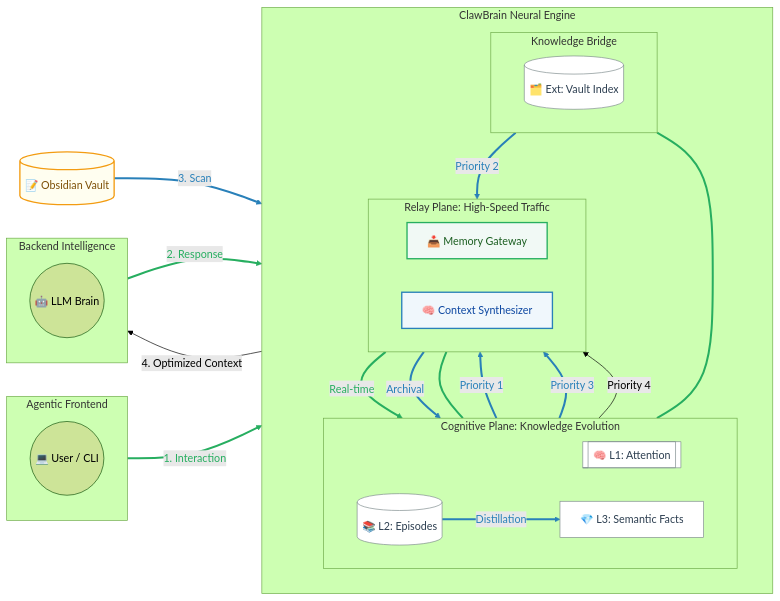
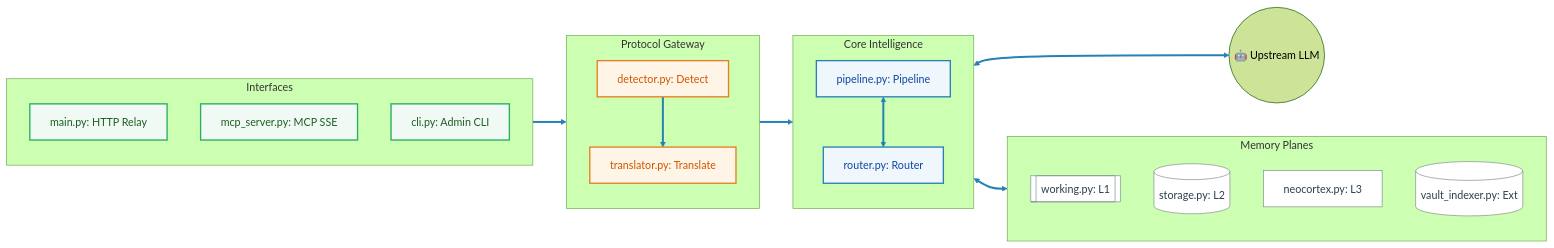
One commit to winnerineast/ClawBrain changed the diagram in README.md. Above: the diagram before and after it, drawn with Mermaid (forest theme). The commit also changed other lines of this file and 2 other files, not shown here.

Commit message:
docs: update architecture map and add GitNexus intelligence context

````diff
--- a/README.md
+++ b/README.md
@@ -127,65 +127,45 @@
 ```mermaid
 flowchart LR
     %% Professional Color Palette
-    classDef capture_node stroke:#27ae60,stroke-width:2px,fill:#f1f9f5,color:#1b5e20
-    classDef cognitive_node stroke:#2980b9,stroke-width:2px,fill:#f0f7fc,color:#0d47a1
-    classDef storage_node stroke:#7f8c8d,stroke-width:1px,fill:#ffffff,color:#2c3e50
-    classDef vault_node stroke:#f39c12,stroke-width:2px,fill:#fffef0,color:#7e5109
+    classDef interface_node stroke:#27ae60,stroke-width:2px,fill:#f1f9f5,color:#1b5e20
+    classDef gateway_node stroke:#e67e22,stroke-width:2px,fill:#fef5e7,color:#d35400
+    classDef core_node stroke:#2980b9,stroke-width:2px,fill:#f0f7fc,color:#0d47a1
+    classDef memory_node stroke:#7f8c8d,stroke-width:1px,fill:#ffffff,color:#2c3e50
 
-    %% 1. Horizontal Layout
-    subgraph Frontend [Agentic Frontend]
+    subgraph Ingress [Interfaces]
         direction TB
-        User((💻 User / CLI))
+        API[main.py: HTTP Relay]:::interface_node
+        MCP[mcp_server.py: MCP SSE]:::interface_node
+        CLI[cli.py: Admin CLI]:::interface_node
     end
 
-    subgraph ClawBrain [ClawBrain Neural Engine]
+    subgraph Gateway [Protocol Gateway]
         direction TB
-        
-        subgraph RelayPlane [Relay Plane: High-Speed Traffic]
-            direction LR
-            Ingest[📥 Memory Gateway]:::capture_node
-            Assemble[🧠 Context Synthesizer]:::cognitive_node
-        end
-
-        subgraph MemoryPlane [Cognitive Plane: Knowledge Evolution]
-            direction LR
-            L1[[🧠 L1: Attention]]:::storage_node
-            L2[(📚 L2: Episodes)]:::storage_node
-            L3[💎 L3: Semantic Facts]:::storage_node
-        end
-
-        subgraph KnowledgePlane [Knowledge Bridge]
-            direction LR
-            Ext[(🗂️ Ext: Vault Index)]:::storage_node
-        end
-
-        %% Structural Alignment (Invisible)
-        RelayPlane ~~~ MemoryPlane ~~~ KnowledgePlane
+        Detector[detector.py: Detect]:::gateway_node
+        Translator[translator.py: Translate]:::gateway_node
     end
 
-    subgraph Backend [Backend Intelligence]
+    subgraph Intelligence [Core Intelligence]
         direction TB
-        LLM((🤖 LLM Brain))
+        Pipeline[pipeline.py: Pipeline]:::core_node
+        Router[router.py: Router]:::core_node
     end
 
-    Vault[(📝 Obsidian Vault)]:::vault_node
+    subgraph Storage [Memory Planes]
+        direction TB
+        L1[[working.py: L1]]:::memory_node
+        L2[(storage.py: L2)]:::memory_node
+        L3[neocortex.py: L3]:::memory_node
+        Ext[(vault_indexer.py: Ext)]:::memory_node
+    end
 
-    %% --- FLOW 1: MEMORY CAPTURE (GREEN) ---
-    User -- "1. Interaction" --> Ingest
-    LLM -- "2. Response" --> Ingest
-    Ingest -- "Real-time" --> L1
-    Ingest -- "Archival" --> L2
-    Vault -- "3. Scan" --> Ext
-
-    %% --- FLOW 2: COGNITIVE OPTIMIZATION (BLUE) ---
-    L2 -- "Distillation" --> L3
-    L3 -- "Priority 1" --> Assemble
-    Ext -- "Priority 2" --> Assemble
-    L1 -- "Priority 3" --> Assemble
-    L2 -- "Priority 4" --> Assemble
-    Assemble -- "4. Optimized Context" --> LLM
+    Ingress --> Detector
+    Detector --> Translator
+    Translator --> Pipeline
+    Pipeline <--> Router
+    Router <--> Storage
+    Pipeline <--> LLM((🤖 Upstream LLM))
 
     %% Professional Styling for Links
-    linkStyle 0,1,2,3,4 stroke:#27ae60,stroke-width:3px,color:#27ae60
-    linkStyle 5,6,7,8,9,10 stroke:#2980b9,stroke-width:3px,color:#2980b9
+    linkStyle 0,1,2,3,4,5 stroke:#2980b9,stroke-width:3px,color:#2980b9
 ```
````
